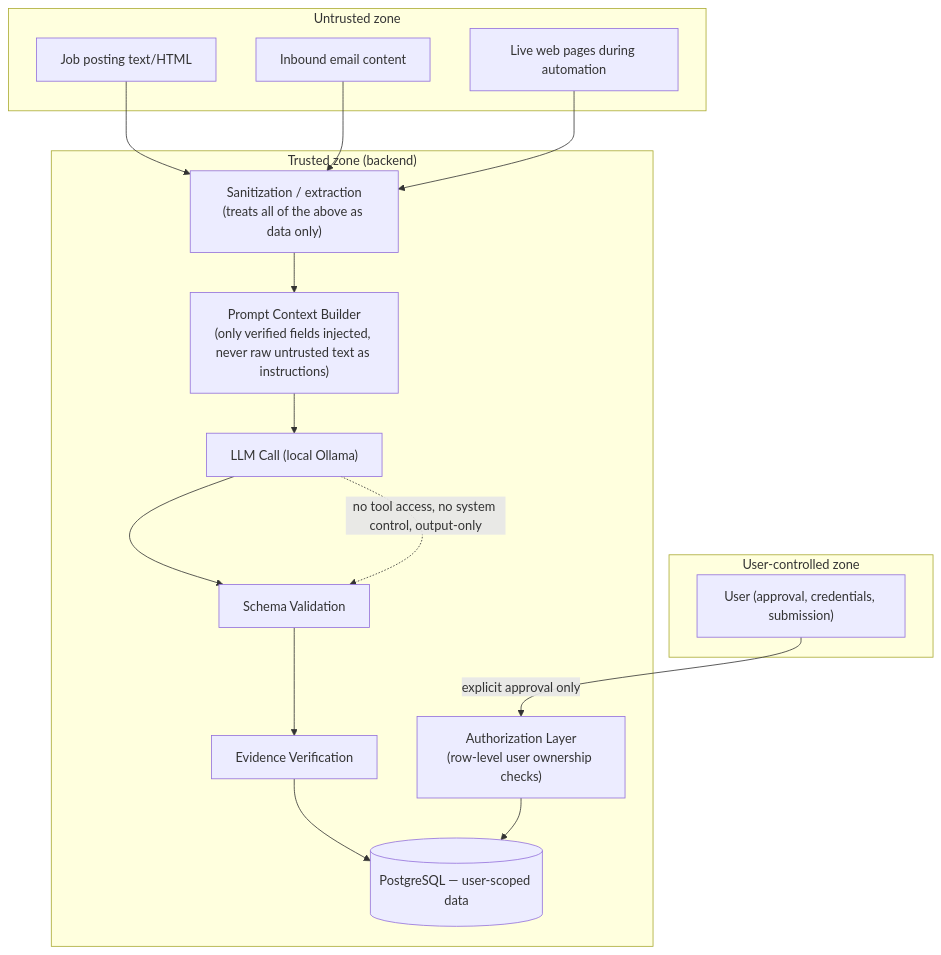
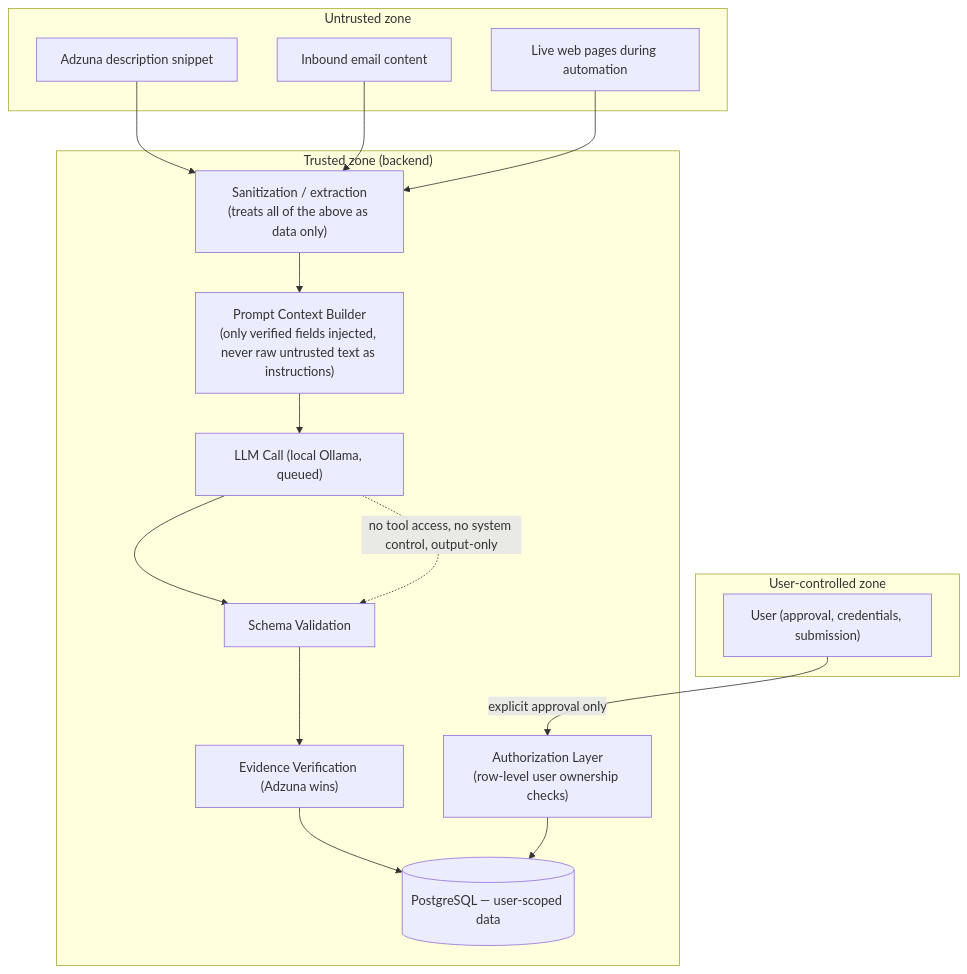
One commit to wassimrahoui/adhd-job-agent changed the third of 3 diagrams in docs/01-architecture-overview.md. Above: the diagram before and after it, drawn with Mermaid. The commit also changed other lines of this file and 4 other files, not shown here.

Commit message:
Align README, architecture overview, UX, API, security, testing, deployment, MVP, and risks docs with the v2 refinement

````diff
--- a/docs/01-architecture-overview.md
+++ b/docs/01-architecture-overview.md
@@ -123,30 +123,30 @@
 ```mermaid
 flowchart TB
     subgraph Untrusted["Untrusted zone"]
-        JOBTEXT["Job posting text/HTML"]
+        JOBTEXT["Adzuna description snippet"]
         EMAILTEXT["Inbound email content"]
         PAGE["Live web pages during automation"]
     end
 
     subgraph Trusted["Trusted zone (backend)"]
         SANITIZE["Sanitization / extraction\n(treats all of the above as data only)"]
         PROMPTCTX["Prompt Context Builder\n(only verified fields injected, never raw untrusted text as instructions)"]
-        LLMCALL["LLM Call (local Ollama)"]
+        LLMCALL["LLM Call (local Ollama, queued)"]
         VALIDATE["Schema Validation"]
-        VERIFY["Evidence Verification"]
+        VERIFY["Evidence Verification (Adzuna wins)"]
         AUTHZ["Authorization Layer\n(row-level user ownership checks)"]
         DB[("PostgreSQL — user-scoped data")]
     end
 
     subgraph UserZone["User-controlled zone"]
         USER["User (approval, credentials, submission)"]
     end
 
     JOBTEXT --> SANITIZE
     EMAILTEXT --> SANITIZE
     PAGE --> SANITIZE
     SANITIZE --> PROMPTCTX --> LLMCALL --> VALIDATE --> VERIFY --> DB
     AUTHZ --> DB
     USER -->|explicit approval only| AUTHZ
     LLMCALL -.->|no tool access, no system control, output-only| VALIDATE
 ```
````
